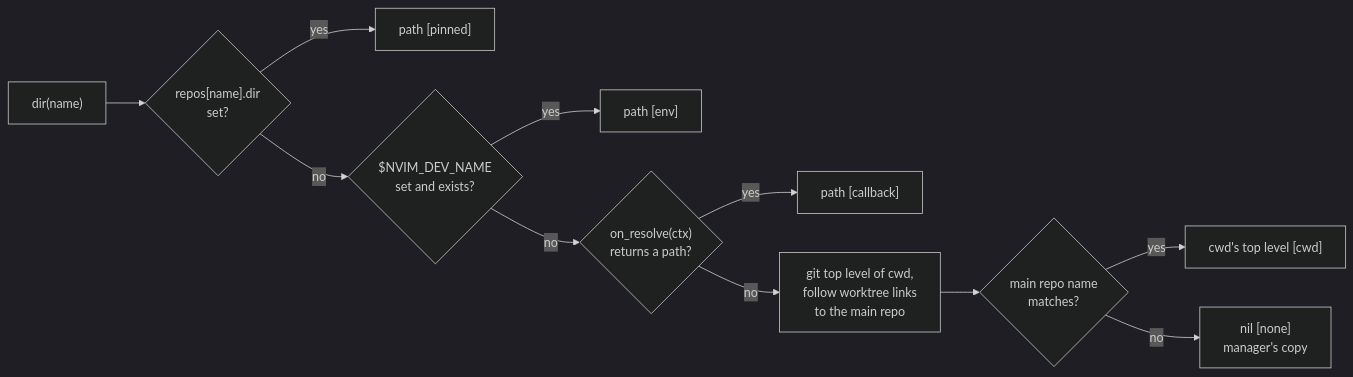
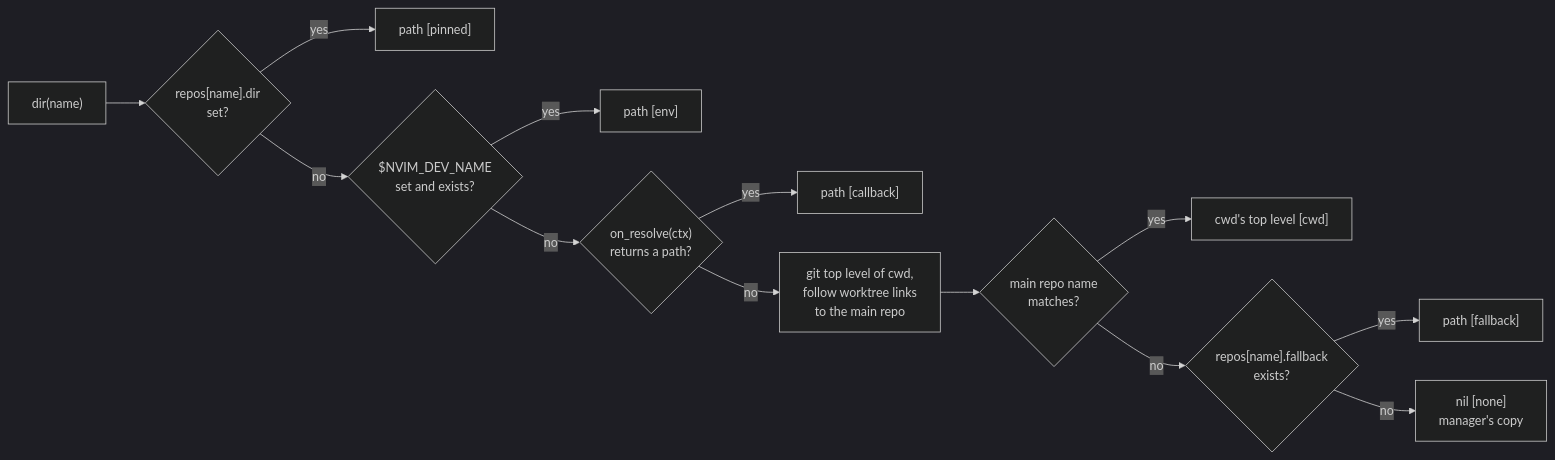
One commit to williambdean/devwhere.nvim changed the diagram in README.md. Above: the diagram before and after it, drawn with Mermaid (dark theme). The commit also changed other lines of this file and 2 other files, not shown here.

Commit message:
feat: per-repo fallback for private repos

````diff
--- a/README.md
+++ b/README.md
@@ -63,13 +65,15 @@
 ```mermaid
 flowchart LR
     START["dir(name)"] --> PIN{"repos[name].dir<br/>set?"}
     PIN -- "yes" --> PINNED["path [pinned]"]
     PIN -- "no" --> ENV{"$NVIM_DEV_NAME<br/>set and exists?"}
     ENV -- "yes" --> ENVP["path [env]"]
     ENV -- "no" --> CB{"on_resolve(ctx)<br/>returns a path?"}
     CB -- "yes" --> CBP["path [callback]"]
     CB -- "no" --> GIT["git top level of cwd,<br/>follow worktree links<br/>to the main repo"]
     GIT --> MATCH{"main repo name<br/>matches?"}
     MATCH -- "yes" --> CWDP["cwd's top level [cwd]"]
-    MATCH -- "no" --> NONE["nil [none]<br/>manager's copy"]
+    MATCH -- "no" --> FB{"repos[name].fallback<br/>exists?"}
+    FB -- "yes" --> FBP["path [fallback]"]
+    FB -- "no" --> NONE["nil [none]<br/>manager's copy"]
 ```
````
